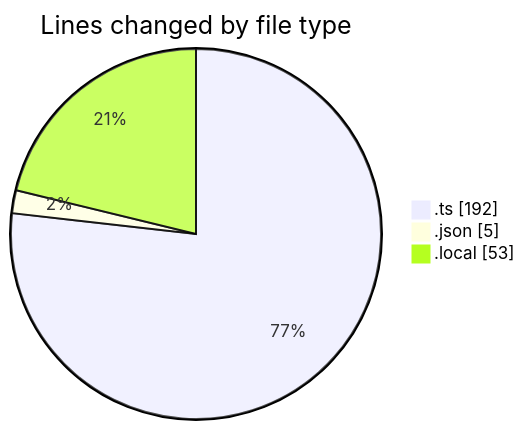
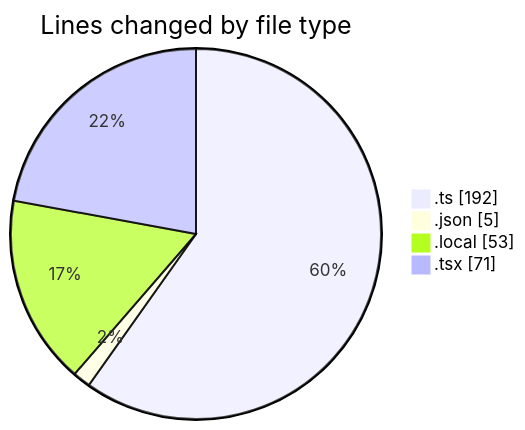
Before and after one commit to julien-gomy/code-tracking: the first of 2 diagrams in 2025-10-31/temp_mr_252/README.md, drawn with Mermaid. The commit also changed other lines of this file and 1 other file, not shown here.

````diff
--- a/2025-10-31/temp_mr_252/README.md
+++ b/2025-10-31/temp_mr_252/README.md
@@ -24,7 +25,8 @@
 ```mermaid
 pie showData
 title Lines changed by file type
 ".ts" : 192
 ".json" : 5
 ".local" : 53
+".tsx" : 71
 ```
````
